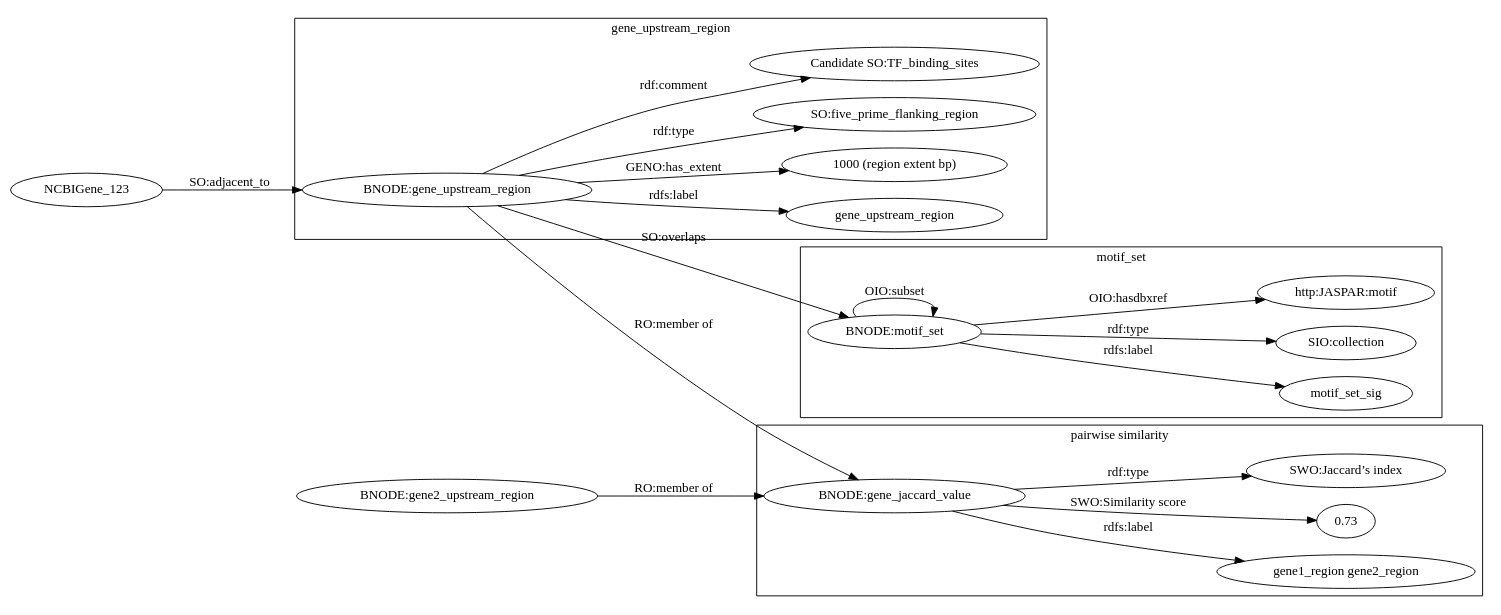
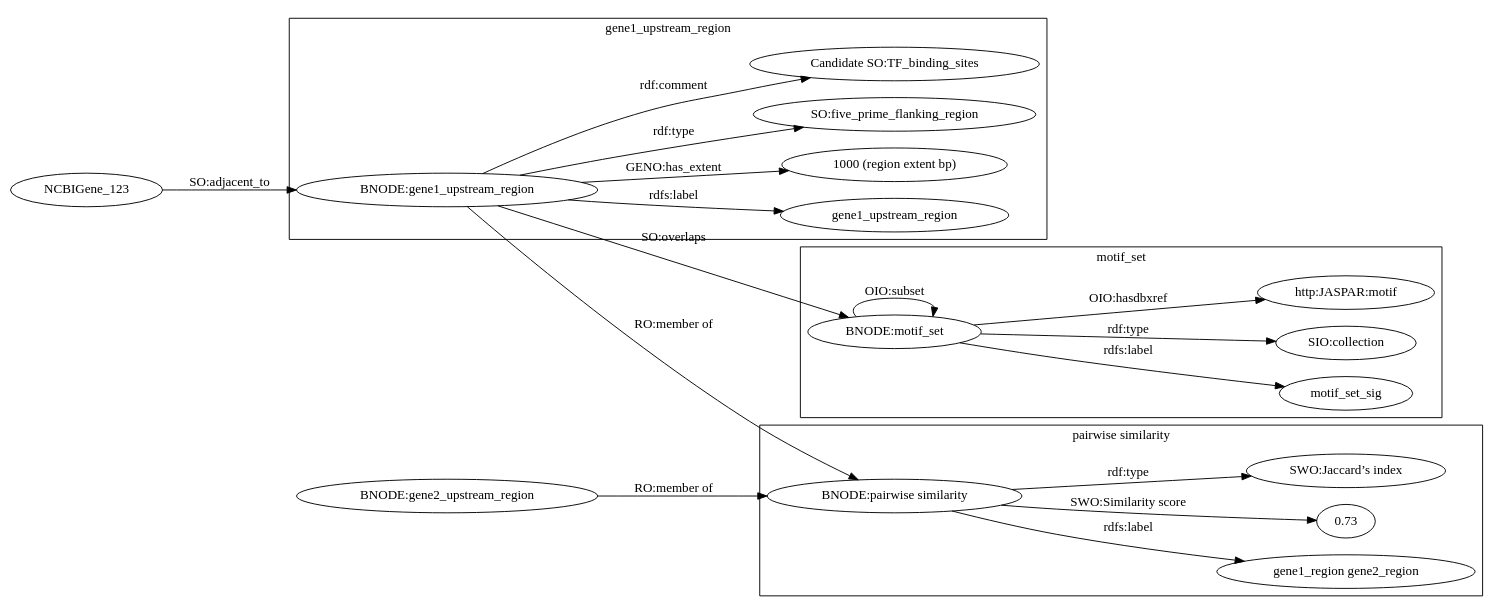
One commit to TomConlin/Jaspar_FA changed the diagram in jaspar_target_model.gv. Above: the diagram before and after it, drawn with Graphviz. The commit also changed 5 other files, not shown here.

```diff
--- a/jaspar_target_model.gv
+++ b/jaspar_target_model.gv
@@ -1,45 +1,45 @@
 
 digraph{
  rankdir=LR;
  compound=true;
  title=JASPAR_target_model
  
- "NCBIGene_123" -> "BNODE:gene_upstream_region" [label="SO:adjacent_to"]
+ "NCBIGene_123" -> "BNODE:gene1_upstream_region" [label="SO:adjacent_to"]
 
  subgraph  cluster_0 { // the genomic region
-	label=gene_upstream_region
-	"BNODE:gene_upstream_region" -> "gene_upstream_region" [label="rdfs:label"]
-	"BNODE:gene_upstream_region" -> "1000 (region extent bp)" [label="GENO:has_extent"]
-	"BNODE:gene_upstream_region" -> "SO:five_prime_flanking_region" [label="rdf:type"]	
-	"BNODE:gene_upstream_region" -> "Candidate SO:TF_binding_sites" [label="rdf:comment"]
+	label=gene1_upstream_region
+	"BNODE:gene1_upstream_region" -> "gene1_upstream_region" [label="rdfs:label"]
+	"BNODE:gene1_upstream_region" -> "1000 (region extent bp)" [label="GENO:has_extent"]
+	"BNODE:gene1_upstream_region" -> "SO:five_prime_flanking_region" [label="rdf:type"]	
+	"BNODE:gene1_upstream_region" -> "Candidate SO:TF_binding_sites" [label="rdf:comment"]
  }
 
- "BNODE:gene_upstream_region"-> "BNODE:motif_set" [label="SO:overlaps"]
+ "BNODE:gene1_upstream_region"-> "BNODE:motif_set" [label="SO:overlaps"]
 
  subgraph cluster_1 { // set of motifs
 	label=motif_set	
 	"BNODE:motif_set" -> "motif_set_sig"[label="rdfs:label"]
 	"BNODE:motif_set" -> "SIO:collection"[label="rdf:type"]
 	//"BNODE:motif_set" -> "3 (flavors)"  [label="rdf:value"]
 	// FROM: motifsetsig_motif.tab (mmotif_set_sig, motif) 
 	"BNODE:motif_set" -> "http:JASPAR:motif"   [label="OIO:hasdbxref"]
  }
 
 "BNODE:motif_set" -> "BNODE:motif_set" [label="OIO:subset"]  // prolly not 
 
 // "BNODE:motif_set" -> "JASPAR:motif" [label="RO:has member"]
 // "JASPAR:motif" -> "SO:nucleotide_motif" [label="rdf:type"]
 // "JASPAR:motif" -> "http:JASPAR:motif"   [label="OIO:hasdbxref"]
 // "JASPAR:motif" -> "motif"[label="rdfs:label"]
 
- "BNODE:gene_upstream_region" -> "BNODE:gene_jaccard_value" [label="RO:member of"]
- "BNODE:gene2_upstream_region" -> "BNODE:gene_jaccard_value" [label="RO:member of"]
+ "BNODE:gene1_upstream_region" -> "BNODE:pairwise similarity" [label="RO:member of"]
+ "BNODE:gene2_upstream_region" -> "BNODE:pairwise similarity" [label="RO:member of"]
 
- subgraph cluster_2 { // pairwise (dis)similarity
+ subgraph cluster_2 { // pairwise similarity
 	label="pairwise similarity"	
-	"BNODE:gene_jaccard_value" -> "gene1_region gene2_region" [label="rdfs:label"]
-	"BNODE:gene_jaccard_value" -> "0.73" [label="SWO:Similarity score"]
-	"BNODE:gene_jaccard_value" -> "SWO:Jaccard’s index" [label="rdf:type"]
+	"BNODE:pairwise similarity" -> "gene1_region gene2_region" [label="rdfs:label"]
+	"BNODE:pairwise similarity" -> "0.73" [label="SWO:Similarity score"]
+	"BNODE:pairwise similarity" -> "SWO:Jaccard’s index" [label="rdf:type"]
 	//  Term IRI: http://www.ebi.ac.uk/efo/swo/SWO_0000243
  }
 }
```
